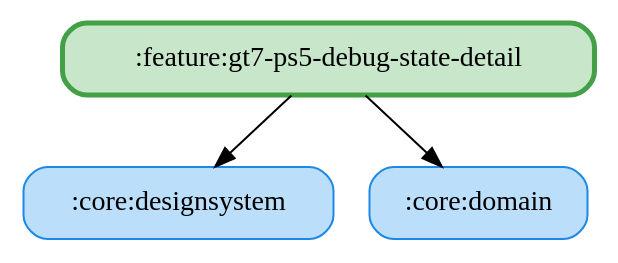
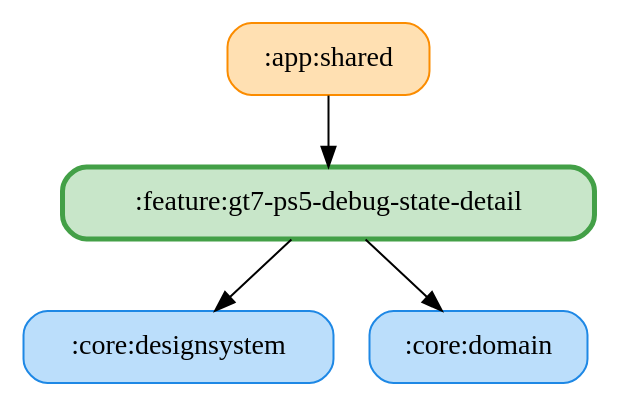
Before and after one commit to ai-kurou/KoDriver: the diagram in docs/graphs/feature-gt7-ps5-debug-state-detail.gv, drawn with Graphviz. The commit also changed 7 other files, not shown here.

Commit message:
chore: update module graph images

```diff
--- a/docs/graphs/feature-gt7-ps5-debug-state-detail.gv
+++ b/docs/graphs/feature-gt7-ps5-debug-state-detail.gv
@@ -1,9 +1,11 @@
 digraph G {
   rankdir=TB
   node [shape=box, style="rounded,filled"]
+  ":app:shared" [fillcolor="#FFE0B2", color="#FB8C00", penwidth=1]
   ":core:designsystem" [fillcolor="#BBDEFB", color="#1E88E5", penwidth=1]
   ":core:domain" [fillcolor="#BBDEFB", color="#1E88E5", penwidth=1]
   ":feature:gt7-ps5-debug-state-detail" [fillcolor="#C8E6C9", color="#43A047", penwidth=2.5]
+  ":app:shared" -> ":feature:gt7-ps5-debug-state-detail"
   ":feature:gt7-ps5-debug-state-detail" -> ":core:domain"
   ":feature:gt7-ps5-debug-state-detail" -> ":core:designsystem"
 }
```
